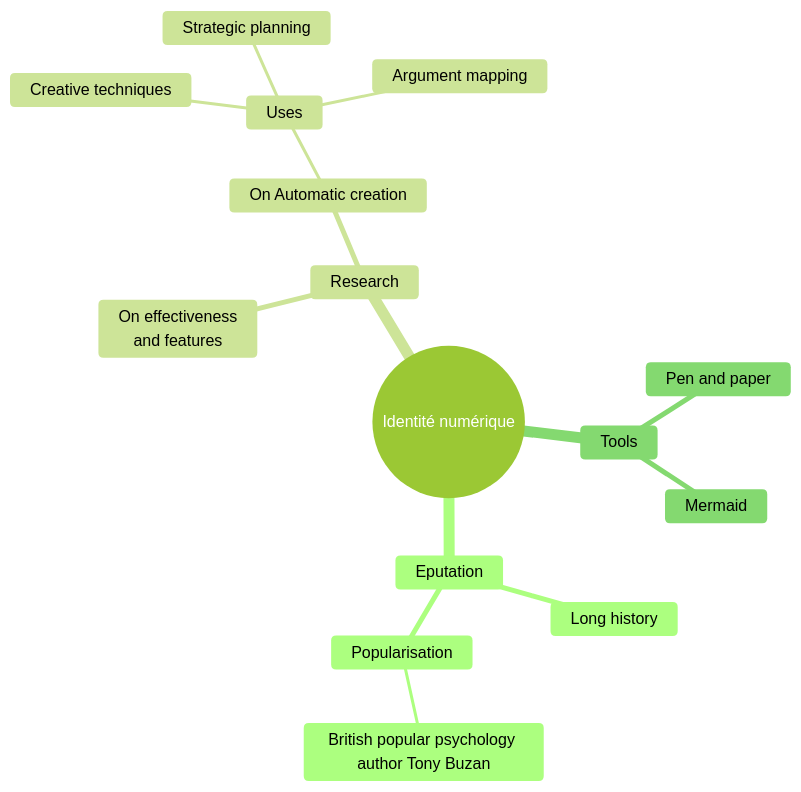
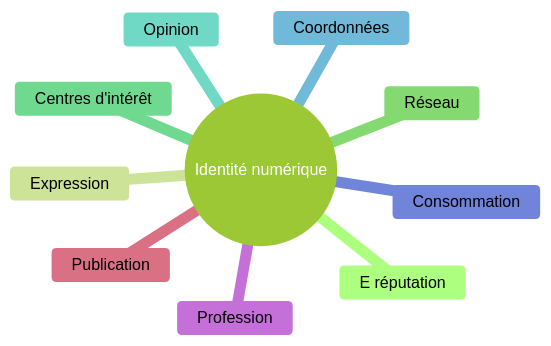
The diagram in seconde/Réseaux sociaux/Identite_numerique.md (boddaert/snt), drawn with Mermaid before and after one commit.

Commit message:
id numerique

````diff
--- a/seconde/Réseaux sociaux/Identite_numerique.md
+++ b/seconde/Réseaux sociaux/Identite_numerique.md
@@ -7,20 +7,14 @@
 ```mermaid
 %%{init: { 'logLevel': 'debug', 'theme': 'forest'}}%%
 mindmap
   root((Identité numérique))
-    Eputation
-      Long history
-      ::icon(fa fa-book)
-      Popularisation
-        British popular psychology author Tony Buzan
-    Research
-      On effectiveness<br/>and features
-      On Automatic creation
-        Uses
-            Creative techniques
-            Strategic planning
-            Argument mapping
-    Tools
-      Pen and paper
-      Mermaid
+    E réputation
+    Expression
+    Réseau
+    Centres d'intérêt
+    Opinion
+    Coordonnées
+    Consommation
+    Profession
+    Publication
 ```
````
